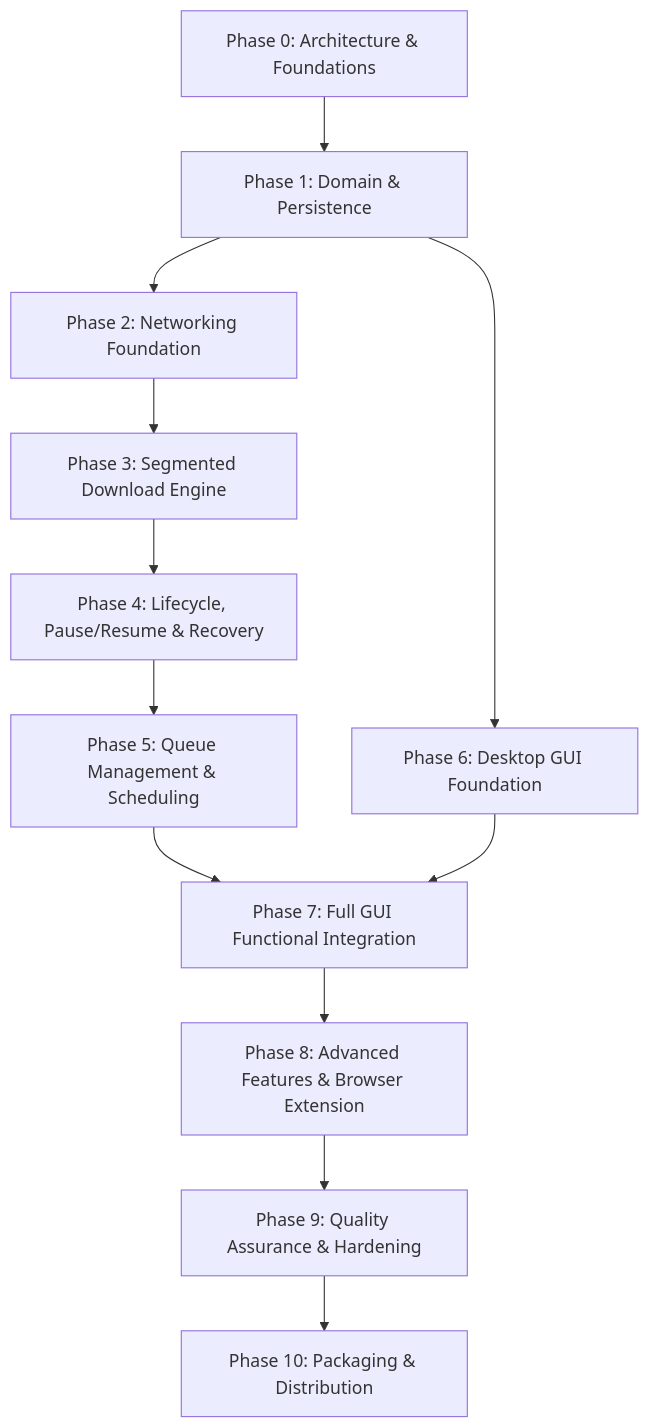
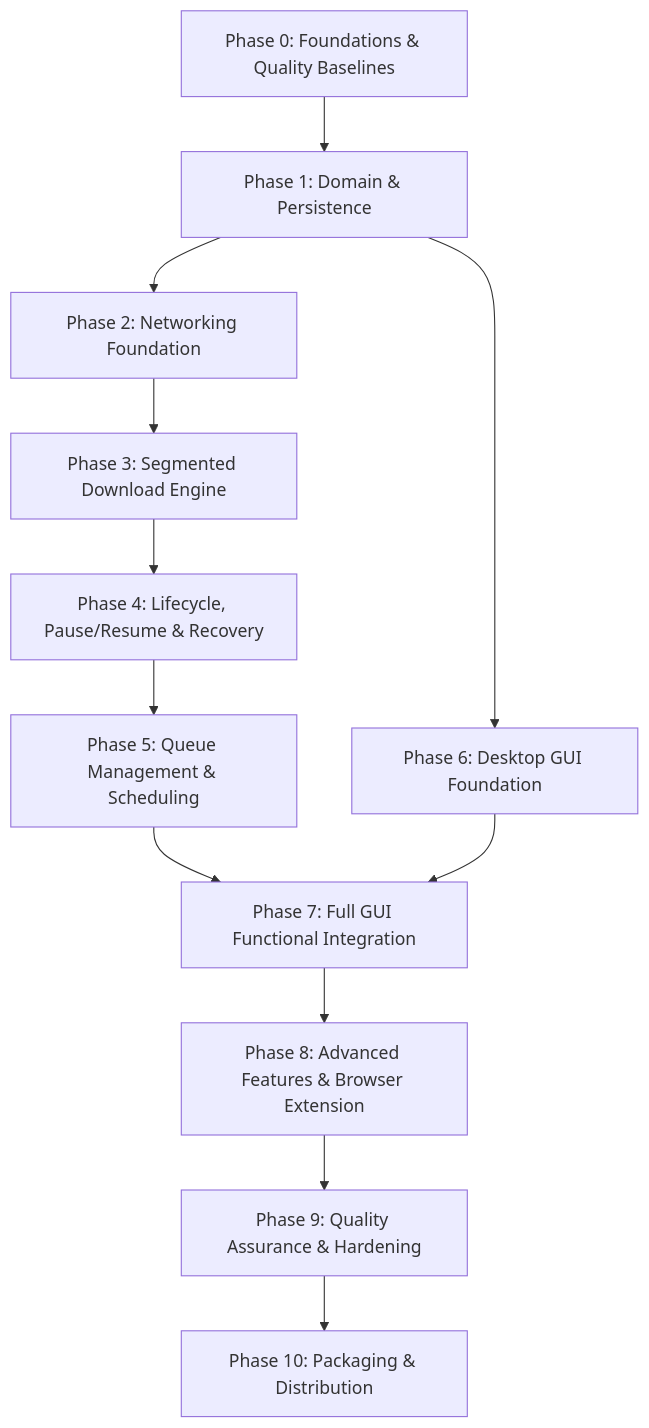
The diagram in docs/planning/12-implementation-roadmap.md (stansam/PyIDM), drawn with Mermaid before and after one commit. The commit also changed other lines of this file and 22 other files, not shown here.

````diff
--- a/docs/planning/12-implementation-roadmap.md
+++ b/docs/planning/12-implementation-roadmap.md
@@ -14,14 +20,14 @@
 ```mermaid
 graph TD
-    P0[Phase 0: Architecture & Foundations] --> P1[Phase 1: Domain & Persistence]
+    P0[Phase 0: Foundations & Quality Baselines] --> P1[Phase 1: Domain & Persistence]
     P1 --> P2[Phase 2: Networking Foundation]
     P2 --> P3[Phase 3: Segmented Download Engine]
     P3 --> P4[Phase 4: Lifecycle, Pause/Resume & Recovery]
     P4 --> P5[Phase 5: Queue Management & Scheduling]
     P1 --> P6[Phase 6: Desktop GUI Foundation]
     P5 --> P7[Phase 7: Full GUI Functional Integration]
     P6 --> P7
     P7 --> P8[Phase 8: Advanced Features & Browser Extension]
     P8 --> P9[Phase 9: Quality Assurance & Hardening]
     P9 --> P10[Phase 10: Packaging & Distribution]
 ```
````
